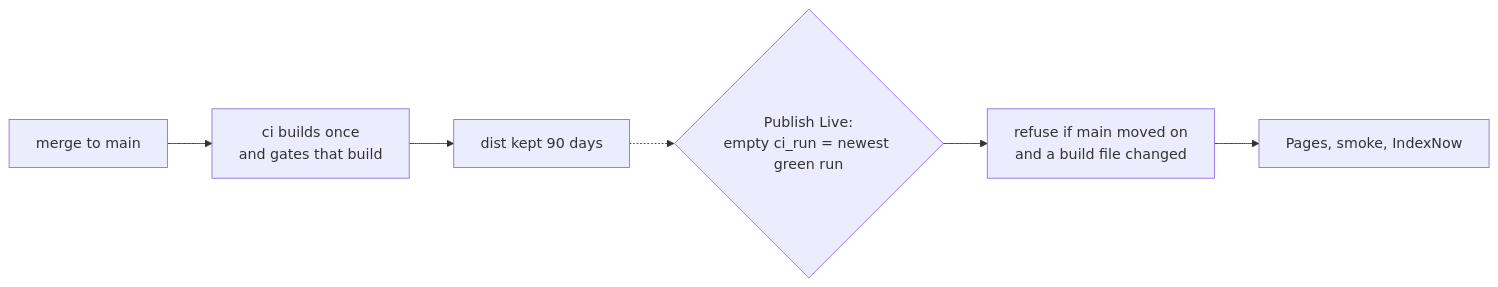
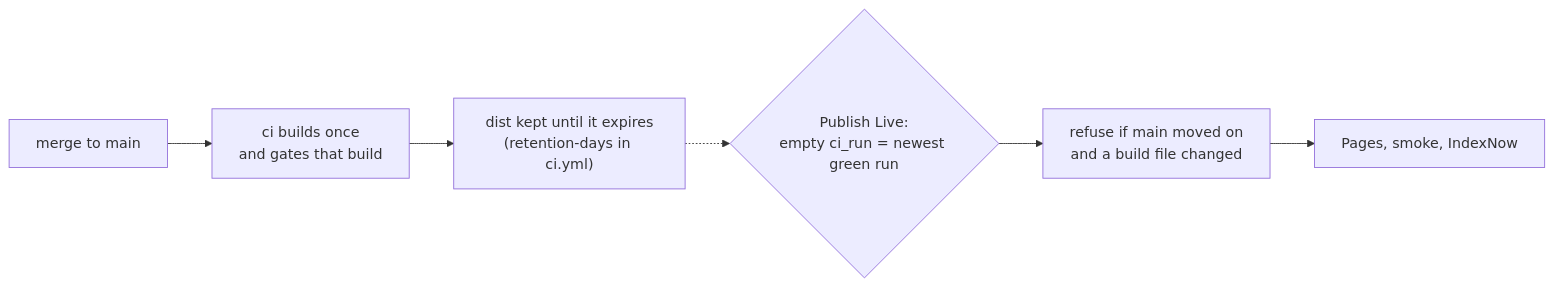
Before and after one commit to meshin-co/website: the diagram in site/.agents/skills/publish-the-build.md, drawn with Mermaid.

Commit message:
fix(docs): the dist artifact expires in 14 days, not 90
The diagram carried a number nothing checks, and ci.yml sets retention-days: 14 on the dist upload. The node now points at the workflow field instead of restating it, so the figure cannot go stale again. It matters because it bounds how far back a named ci_run can reach.

````diff
--- a/site/.agents/skills/publish-the-build.md
+++ b/site/.agents/skills/publish-the-build.md
@@ -58,8 +58,8 @@
 ```mermaid
 flowchart LR
     A["merge to main"] --> B["ci builds once<br/>and gates that build"]
-    B --> C["dist kept 90 days"]
+    B --> C["dist kept until it expires<br/>(retention-days in ci.yml)"]
     C -.-> D{"Publish Live:<br/>empty ci_run = newest green run"}
     D --> G["refuse if main moved on<br/>and a build file changed"]
     G --> H["Pages, smoke, IndexNow"]
 ```
````
